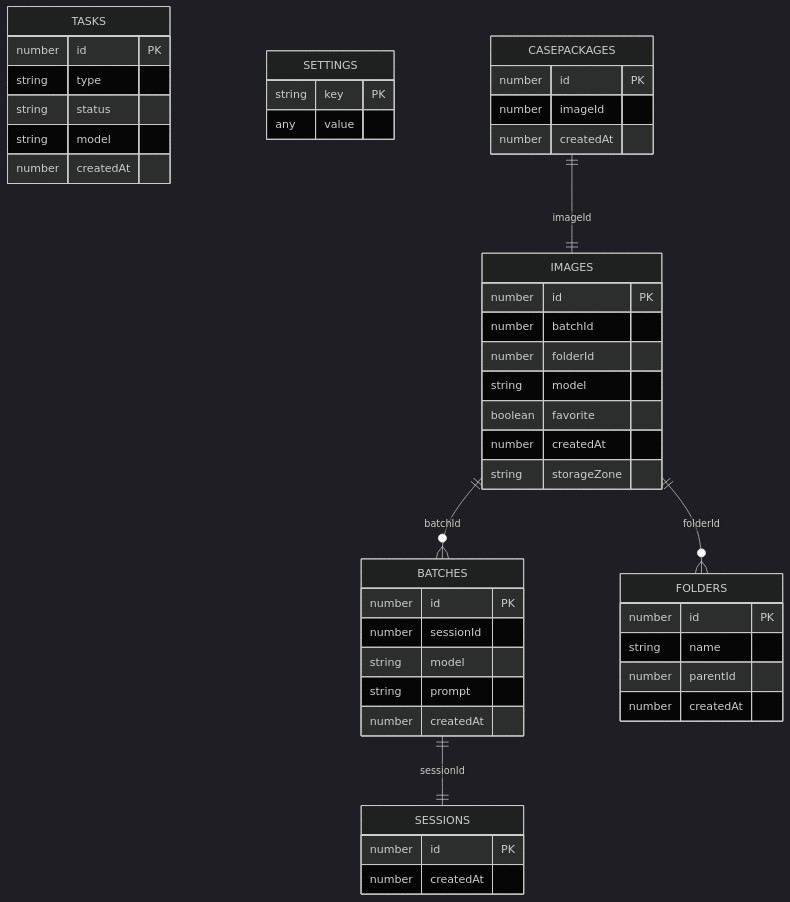
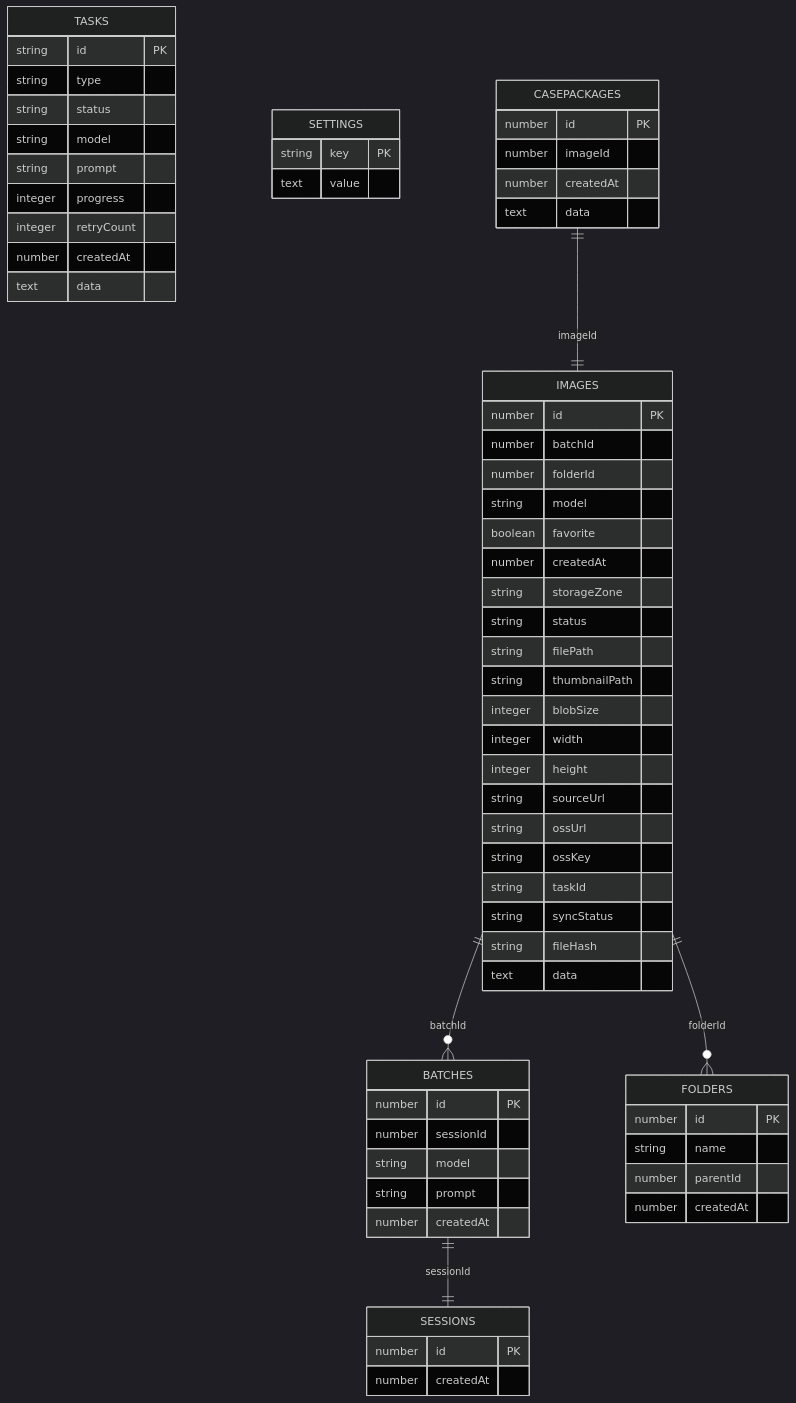
Before and after one commit to AlbusWei/AI-Image-Studio: the fourth of 9 diagrams in .qoder/repowiki/zh/content/架构设计/数据流设计/数据库持久化.md, drawn with Mermaid (dark theme). The commit also changed other lines of this file and 37 other files, not shown here.

````diff
--- a/.qoder/repowiki/zh/content/架构设计/数据流设计/数据库持久化.md
+++ b/.qoder/repowiki/zh/content/架构设计/数据流设计/数据库持久化.md
@@ -127,49 +212,67 @@
 ```mermaid
 erDiagram
 IMAGES {
 number id PK
 number batchId
 number folderId
 string model
 boolean favorite
 number createdAt
 string storageZone
+string status
+string filePath
+string thumbnailPath
+integer blobSize
+integer width
+integer height
+string sourceUrl
+string ossUrl
+string ossKey
+string taskId
+string syncStatus
+string fileHash
+text data
 }
 BATCHES {
 number id PK
 number sessionId
 string model
 string prompt
 number createdAt
 }
 SESSIONS {
 number id PK
 number createdAt
 }
 FOLDERS {
 number id PK
 string name
 number parentId
 number createdAt
 }
 TASKS {
-number id PK
+string id PK
 string type
 string status
 string model
+string prompt
+integer progress
+integer retryCount
 number createdAt
+text data
 }
 SETTINGS {
 string key PK
-any value
+text value
 }
 CASEPACKAGES {
 number id PK
 number imageId
 number createdAt
+text data
 }
 IMAGES ||--o{ BATCHES : "batchId"
 BATCHES ||--|| SESSIONS : "sessionId"
 IMAGES ||--o{ FOLDERS : "folderId"
 CASEPACKAGES ||--|| IMAGES : "imageId"
 ```
````
